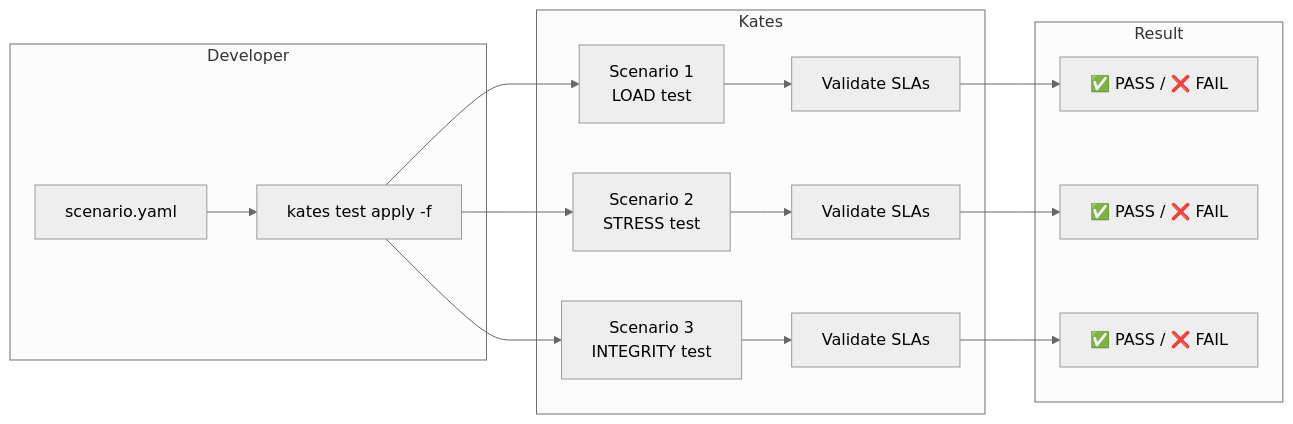
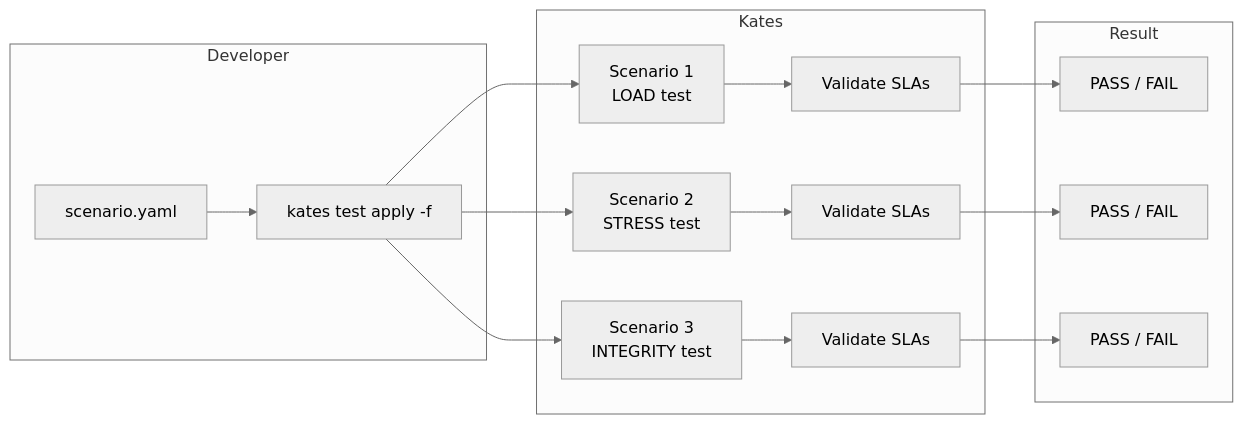
The first of 2 diagrams in docs/book/13-scenario-files.md (actions-marketplace-validations/bmscomp_kates), drawn with Mermaid (neutral theme) before and after one commit. The commit also changed other lines of this file and 27 other files, not shown here.

````diff
--- a/docs/book/13-scenario-files.md
+++ b/docs/book/13-scenario-files.md
@@ -21,21 +21,24 @@
 ```mermaid
+%%| label: fig-scenarios-orchestration
+%%| fig-cap: "A scenario file (`scenario.yaml`) submitted via `kates test apply -f --wait` runs multiple test types and evaluates each scenario's SLA gates."
+%%| fig-alt: "Flowchart from left to right across three groups: Developer (scenario.yaml passed to kates test apply -f), Kates (running Scenario 1 LOAD test, Scenario 2 STRESS test, and Scenario 3 INTEGRITY test, each followed by Validate SLAs), and Result (emitting PASS or FAIL for each scenario)."
 graph LR
     subgraph Developer
         Y[scenario.yaml] --> CLI[kates test apply -f]
     end
     
     subgraph Kates
         CLI --> P1[Scenario 1\nLOAD test]
         CLI --> P2[Scenario 2\nSTRESS test]
         CLI --> P3[Scenario 3\nINTEGRITY test]
         P1 --> V1[Validate SLAs]
         P2 --> V2[Validate SLAs]
         P3 --> V3[Validate SLAs]
     end
     
     subgraph Result
-        V1 --> R1["✅ PASS / ❌ FAIL"]
-        V2 --> R2["✅ PASS / ❌ FAIL"]
-        V3 --> R3["✅ PASS / ❌ FAIL"]
+        V1 --> R1["PASS / FAIL"]
+        V2 --> R2["PASS / FAIL"]
+        V3 --> R3["PASS / FAIL"]
     end
 ```
````
